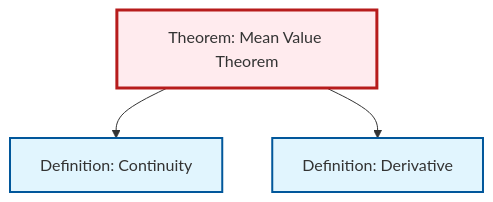
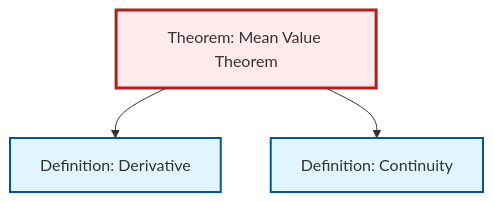
The diagram in content/en/analysis/thm-mean-value.qmd (RK0429/ModernMath), drawn with Mermaid before and after one commit. The commit also changed other lines of this file and 360 other files, not shown here.

````diff
--- a/content/en/analysis/thm-mean-value.qmd
+++ b/content/en/analysis/thm-mean-value.qmd
@@ -79,17 +79,17 @@
 ```{mermaid}
 %%| fig-cap: "Local dependency graph"
 graph TD
     classDef definition fill:#e1f5fe,stroke:#01579b,stroke-width:2px
     classDef theorem fill:#f3e5f5,stroke:#4a148c,stroke-width:2px
     classDef axiom fill:#fff3e0,stroke:#e65100,stroke-width:2px
     classDef example fill:#e8f5e9,stroke:#1b5e20,stroke-width:2px
     classDef current fill:#ffebee,stroke:#b71c1c,stroke-width:3px
+    def-derivative["Definition: Derivative"]:::definition
+    thm-mean-value["Theorem: Mean Value Theorem"]:::theorem
     def-continuity["Definition: Continuity"]:::definition
-    thm-mean-value["Theorem: Mean Value Theorem"]:::theorem
-    def-derivative["Definition: Derivative"]:::definition
+    thm-mean-value --> def-derivative
     thm-mean-value --> def-continuity
-    thm-mean-value --> def-derivative
     class thm-mean-value current
+    click def-derivative "def-derivative.html" "Go to Derivative definition"
     click def-continuity "def-continuity.html" "Go to Continuity definition"
-    click def-derivative "def-derivative.html" "Go to Derivative definition"
 ```
````
